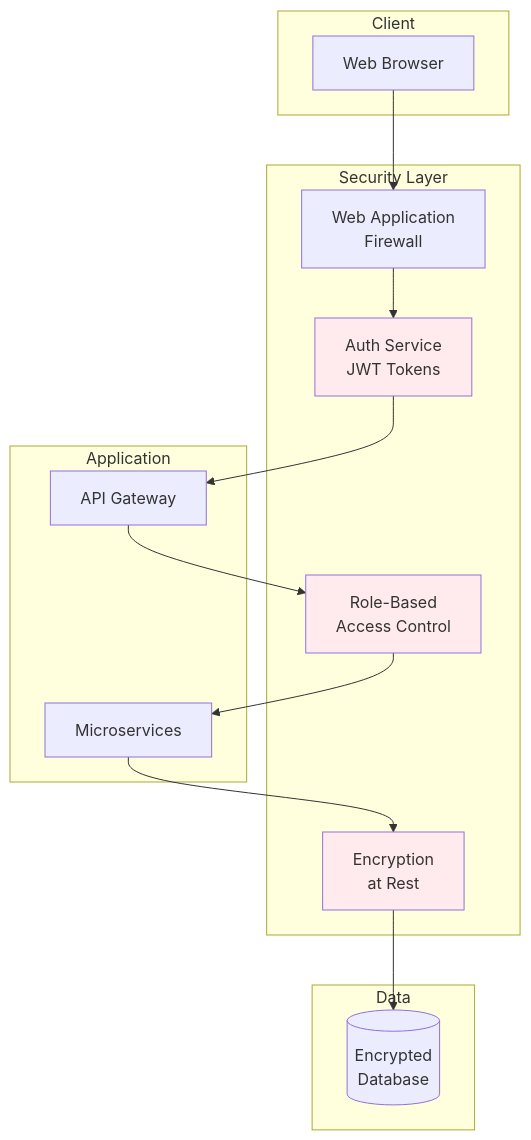
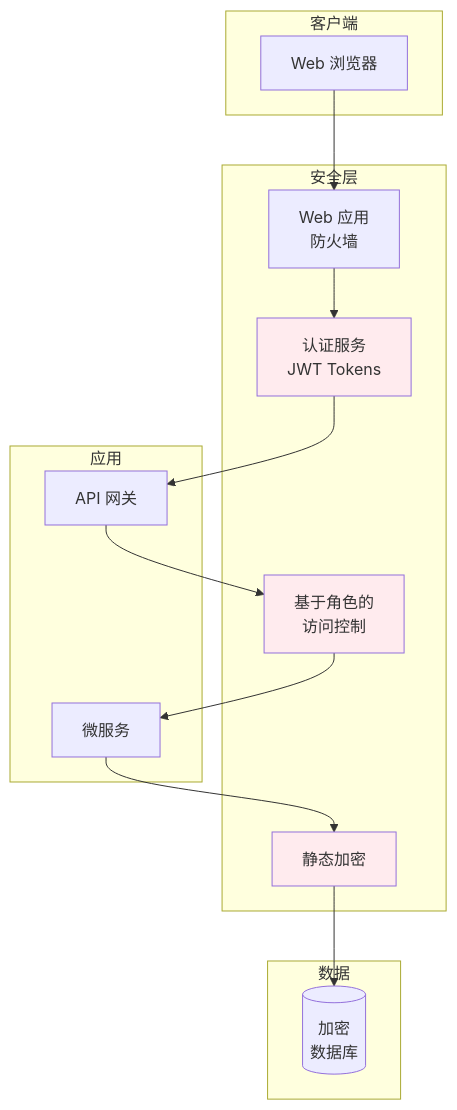
Before and after one commit to liushuai0109/workflow-engine: diagram 12 of 14 in openspec/changes/archive/2025-12-19-add-lifecycle-operations-foundation/ARCHITECTURE.md, drawn with Mermaid. The commit also changed other lines of this file and 12 other files, not shown here.

````diff
--- a/openspec/changes/archive/2025-12-19-add-lifecycle-operations-foundation/ARCHITECTURE.md
+++ b/openspec/changes/archive/2025-12-19-add-lifecycle-operations-foundation/ARCHITECTURE.md
@@ -636,34 +636,34 @@
 ```mermaid
 graph TD
-    subgraph "Client"
-        Browser[Web Browser]
+    subgraph "客户端"
+        Browser[Web 浏览器]
     end
 
-    subgraph "Security Layer"
-        WAF[Web Application<br/>Firewall]
-        Auth[Auth Service<br/>JWT Tokens]
-        RBAC[Role-Based<br/>Access Control]
-        Encrypt[Encryption<br/>at Rest]
+    subgraph "安全层"
+        WAF[Web 应用<br/>防火墙]
+        Auth[认证服务<br/>JWT Tokens]
+        RBAC[基于角色的<br/>访问控制]
+        Encrypt[静态加密]
     end
 
-    subgraph "Application"
-        API[API Gateway]
-        Services[Microservices]
+    subgraph "应用"
+        API[API 网关]
+        Services[微服务]
     end
 
-    subgraph "Data"
-        DB[(Encrypted<br/>Database)]
+    subgraph "数据"
+        DB[(加密<br/>数据库)]
     end
 
     Browser --> WAF
     WAF --> Auth
     Auth --> API
     API --> RBAC
     RBAC --> Services
     Services --> Encrypt
     Encrypt --> DB
 
     style Auth fill:#ffebee
     style RBAC fill:#ffebee
     style Encrypt fill:#ffebee
 ```
````
